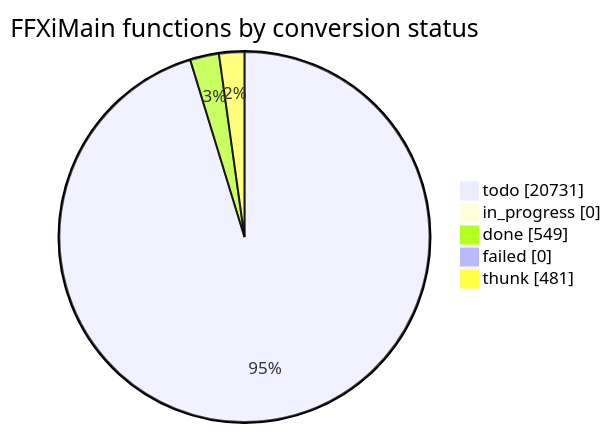
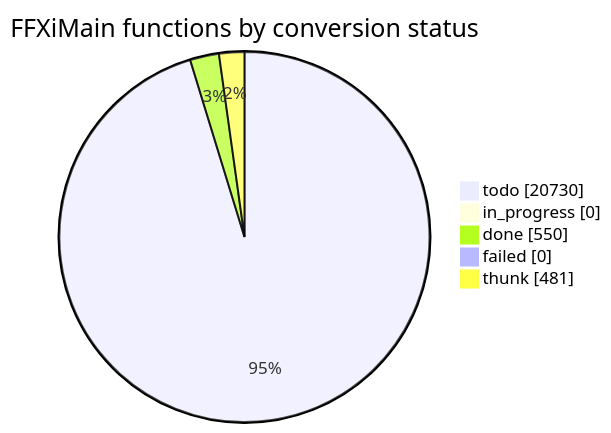
One commit to cowrevenge/cow_kuluu_xi_anything changed the diagram in docs/cow/STATUS.md. Above: the diagram before and after it, drawn with Mermaid. The commit also changed other lines of this file and 9 other files, not shown here.

````diff
--- a/docs/cow/STATUS.md
+++ b/docs/cow/STATUS.md
@@ -18,9 +18,9 @@
 ```mermaid
 pie showData
     title FFXiMain functions by conversion status
-    "todo" : 20731
+    "todo" : 20730
     "in_progress" : 0
-    "done" : 549
+    "done" : 550
     "failed" : 0
     "thunk" : 481
 ```
````
